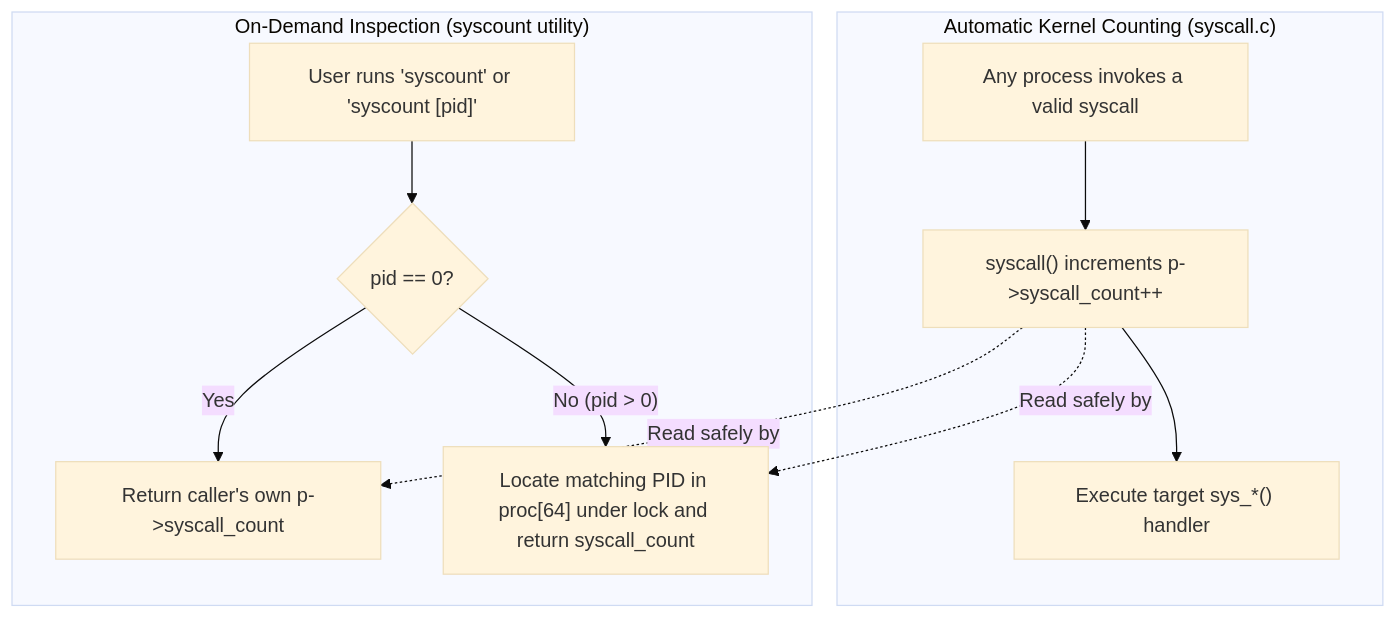
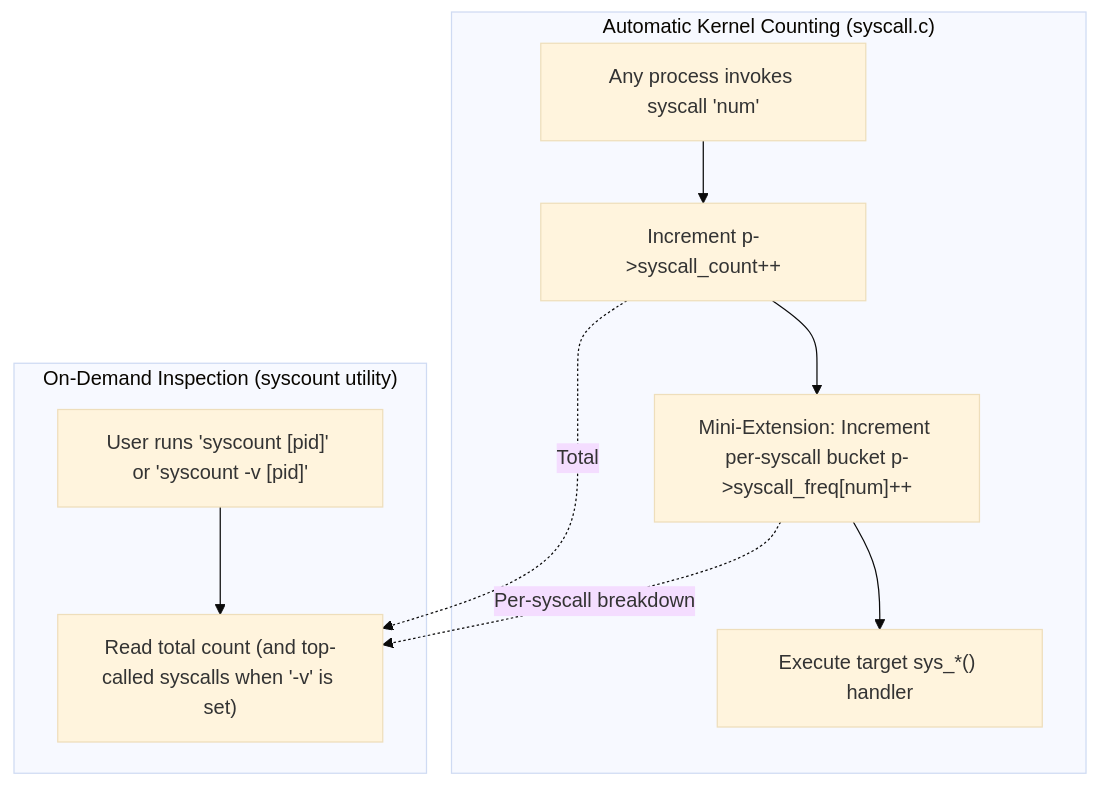
Diagram 11 of 21 in README.md (asbahkhan67-ctrl/xv6-riscv), drawn with Mermaid (base theme) before and after one commit. The commit also changed other lines of this file, not shown here.

````diff
--- a/README.md
+++ b/README.md
@@ -497,16 +556,15 @@
 ```mermaid
 flowchart TD
     subgraph Track["Automatic Kernel Counting (syscall.c)"]
-        S1["Any process invokes a valid syscall"] --> S2["syscall() increments p->syscall_count++"]
-        S2 --> S3["Execute target sys_*() handler"]
+        S1["Any process invokes syscall 'num'"] --> S2["Increment p->syscall_count++"]
+        S2 --> S2M["Mini-Extension: Increment per-syscall bucket p->syscall_freq[num]++"]
+        S2M --> S3["Execute target sys_*() handler"]
     end
 
     subgraph Query["On-Demand Inspection (syscount utility)"]
-        Q1["User runs 'syscount' or 'syscount [pid]'"] --> Q2{"pid == 0?"}
-        Q2 -- "Yes" --> Q3["Return caller's own p->syscall_count"]
-        Q2 -- "No (pid > 0)" --> Q4["Locate matching PID in proc[64] under lock and return syscall_count"]
+        Q1["User runs 'syscount [pid]' or 'syscount -v [pid]'"] --> Q2["Read total count (and top-called syscalls when '-v' is set)"]
     end
 
-    S2 -. "Read safely by" .-> Q3
-    S2 -. "Read safely by" .-> Q4
+    S2 -. "Total" .-> Q2
+    S2M -. "Per-syscall breakdown" .-> Q2
 ```
````
